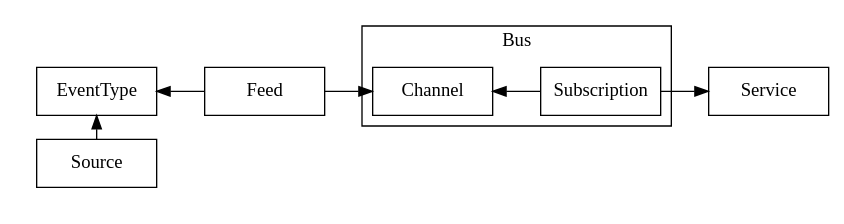
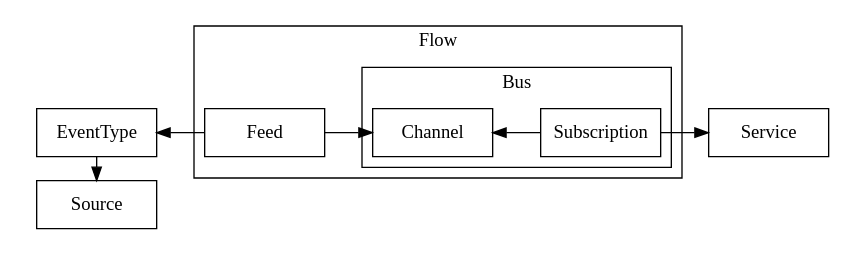
Before and after one commit to knative/eventing: the diagram in docs/spec/images/overview-reference.dot, drawn with Graphviz. The commit also changed 3 other files, not shown here.

```diff
--- a/docs/spec/images/overview-reference.dot
+++ b/docs/spec/images/overview-reference.dot
@@ -1,32 +1,35 @@
 // This is the overview graph for object refrences in the control plane.
 //
 // To reproduce the PNG, run the following:
 // $ dot -Tpng overview-reference.dot -o overview-reference.png
 //
 digraph G {
   ordering = out;
   rankdir = LR;
   
   node [shape=rectangle; width=1.25; height=.5; fixedsize=true;]
-
+  
   subgraph cluster_A {
-    Source -> EventType;
+    Source -> EventType [dir=back];
     color=white; 
     {rank = same; Source; EventType}
   }
-
-  subgraph cluster_B {
-    Channel
-    Subscription;
-    label = "Bus";
-    color=black;
+  
+  subgraph cluster_C {
+    Feed;
+    subgraph cluster_B {
+      Channel
+      Subscription;
+      label = "Bus";
+      color=black;
+    }
+    label = "Flow";
   }
-
   EventType -> Feed [dir=back];
   Feed -> Channel;
 
   Subscription -> Service;
   Channel -> Subscription [dir=back];
 
   {rank = max; Service;}
 }
```
